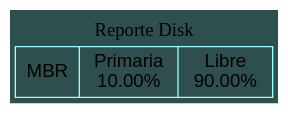
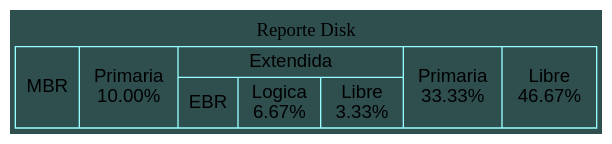
The diagram in output/reporteDISK.dot (Josue013/MIA_2S_P1_202202481), drawn with Graphviz before and after one commit. The commit also changed 14 other files, not shown here.

Commit message:
Arreglos en reporte MBR y en que el path acepte espacios cuando hay comillas

```diff
--- a/output/reporteDISK.dot
+++ b/output/reporteDISK.dot
@@ -1,2 +1,2 @@
-digraph grid {bgcolor="darkslategray" label=" Reporte Disk "layout=dot compound=true labelloc = "t"edge [weigth=1000 style=dashed color=red4 dir = "both" arrowtail="open" arrowhead="open"]node[shape=record, color=darkslategray1, fontname="Helvetica"]a0[label="MBR|Primaria\n10.00%\n|Libre\n90.00%\n"];
+digraph grid {bgcolor="darkslategray" label=" Reporte Disk "layout=dot compound=true labelloc = "t"edge [weigth=1000 style=dashed color=red4 dir = "both" arrowtail="open" arrowhead="open"]node[shape=record, color=darkslategray1, fontname="Helvetica"]a0[label="MBR|Primaria\n10.00%\n|{Extendida|{EBR|Logica\n6.67%\n|Libre\n3.33%\n}}|Primaria\n33.33%\n|Libre\n46.67%\n"];
 }
```
